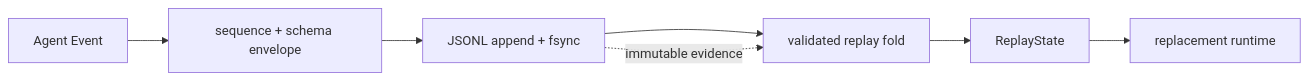
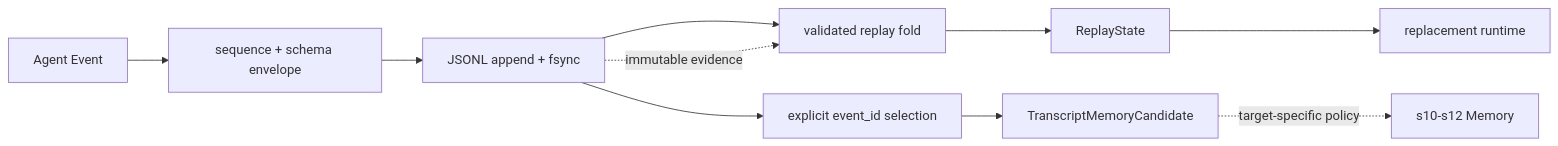
The diagram in s09_jsonl_transcript/README.md (Zenquan/learn-workbuddy), drawn with Mermaid before and after one commit. The commit also changed other lines of this file and 3 other files, not shown here.

Commit message:
refactor(s09): document transcript and memory invariants

````diff
--- a/s09_jsonl_transcript/README.md
+++ b/s09_jsonl_transcript/README.md
@@ -13,9 +13,12 @@
 ```mermaid
 flowchart LR
     A["Agent Event"] --> B["sequence + schema envelope"]
     B --> C["JSONL append + fsync"]
     C --> D["validated replay fold"]
     D --> E["ReplayState"]
     E --> F["replacement runtime"]
+    C --> G["explicit event_id selection"]
+    G --> H["TranscriptMemoryCandidate"]
+    H -. "target-specific policy" .-> I["s10-s12 Memory"]
     C -. "immutable evidence" .-> D
 ```
````
